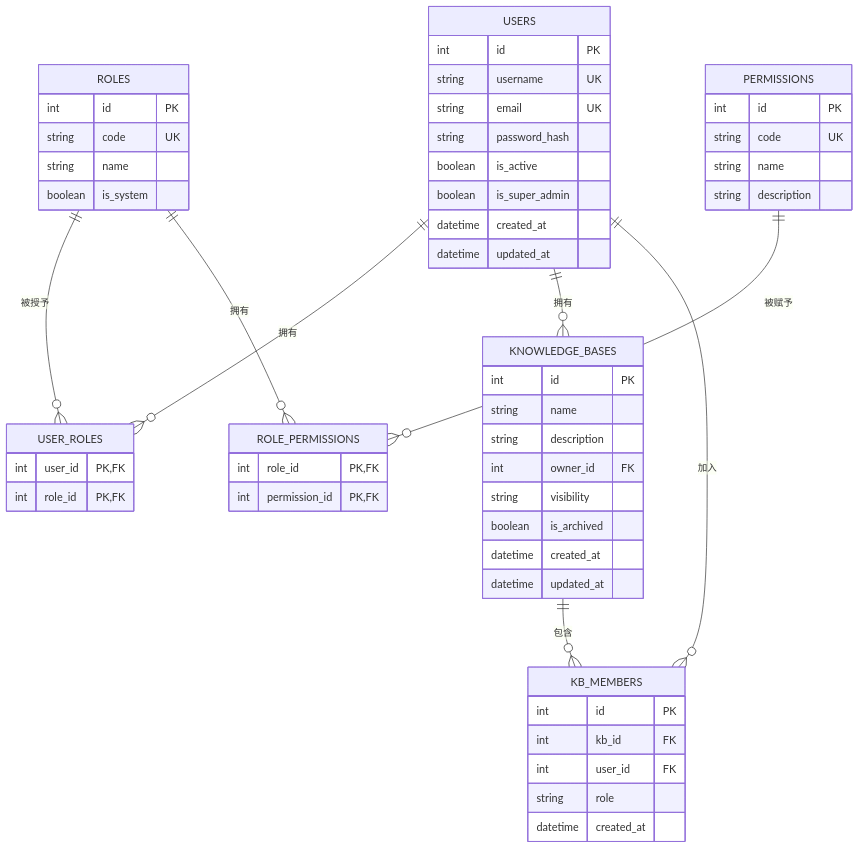
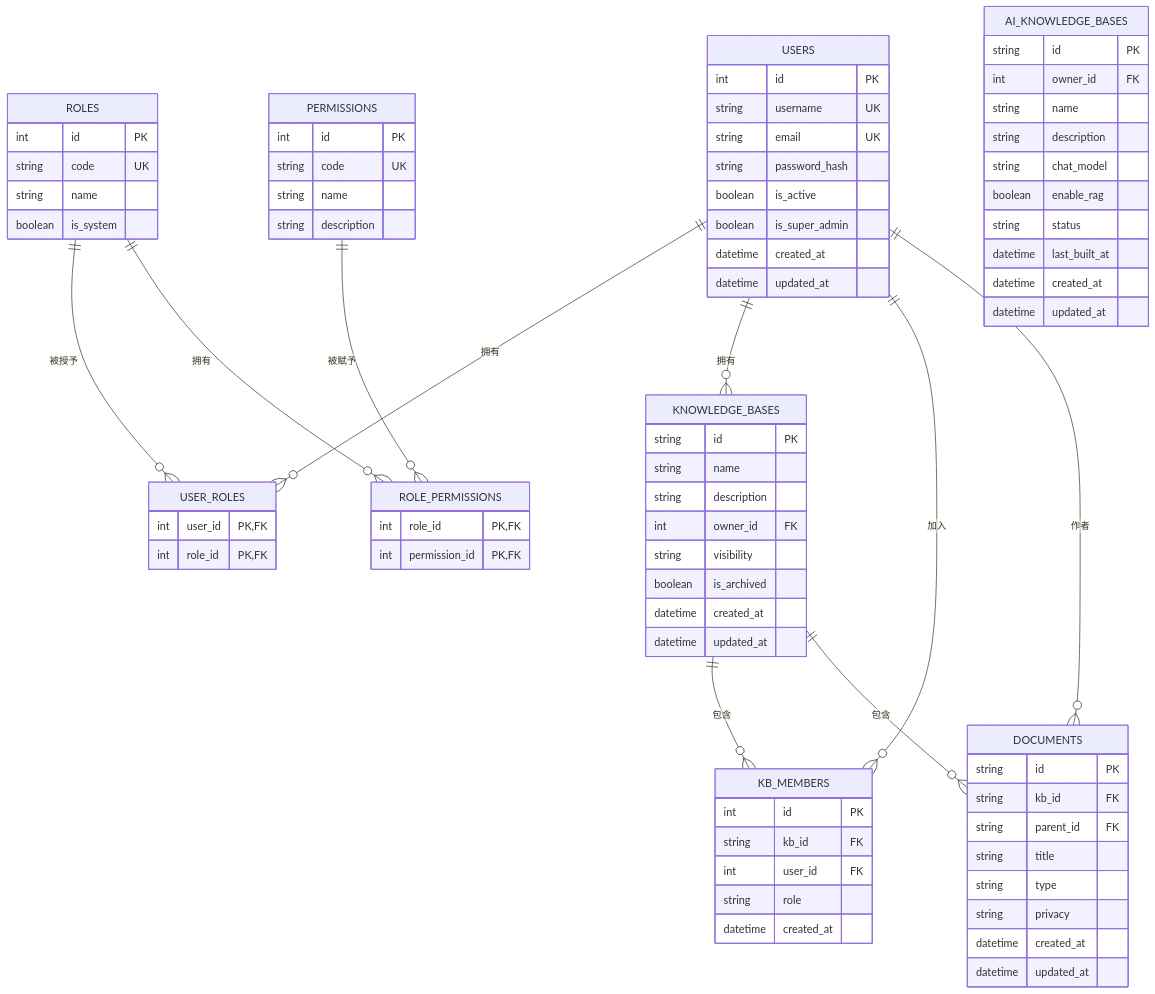
One commit to beyondalbert/my_wiki changed the fourth of 8 diagrams in .qoder/repowiki/zh/content/开发指南/开发指南.md. Above: the diagram before and after it, drawn with Mermaid. The commit also changed other lines of this file and 21 other files, not shown here.

````diff
--- a/.qoder/repowiki/zh/content/开发指南/开发指南.md
+++ b/.qoder/repowiki/zh/content/开发指南/开发指南.md
@@ -163,57 +254,81 @@
 ```mermaid
 erDiagram
 USERS {
 int id PK
 string username UK
 string email UK
 string password_hash
 boolean is_active
 boolean is_super_admin
 datetime created_at
 datetime updated_at
 }
 ROLES {
 int id PK
 string code UK
 string name
 boolean is_system
 }
 PERMISSIONS {
 int id PK
 string code UK
 string name
 string description
 }
 USER_ROLES {
 int user_id PK,FK
 int role_id PK,FK
 }
 ROLE_PERMISSIONS {
 int role_id PK,FK
 int permission_id PK,FK
 }
 KNOWLEDGE_BASES {
-int id PK
+string id PK
 string name
 string description
 int owner_id FK
 string visibility
 boolean is_archived
 datetime created_at
 datetime updated_at
 }
 KB_MEMBERS {
 int id PK
-int kb_id FK
+string kb_id FK
 int user_id FK
 string role
 datetime created_at
+}
+DOCUMENTS {
+string id PK
+string kb_id FK
+string parent_id FK
+string title
+string type
+string privacy
+datetime created_at
+datetime updated_at
+}
+AI_KNOWLEDGE_BASES {
+string id PK
+int owner_id FK
+string name
+string description
+string chat_model
+boolean enable_rag
+string status
+datetime last_built_at
+datetime created_at
+datetime updated_at
 }
 USERS ||--o{ USER_ROLES : "拥有"
 ROLES ||--o{ USER_ROLES : "被授予"
 ROLES ||--o{ ROLE_PERMISSIONS : "拥有"
 PERMISSIONS ||--o{ ROLE_PERMISSIONS : "被赋予"
 USERS ||--o{ KNOWLEDGE_BASES : "拥有"
 USERS ||--o{ KB_MEMBERS : "加入"
+USERS ||--o{ DOCUMENTS : "作者"
 KNOWLEDGE_BASES ||--o{ KB_MEMBERS : "包含"
+KNOWLEDGE_BASES ||--o{ DOCUMENTS : "包含"
 ```
````
